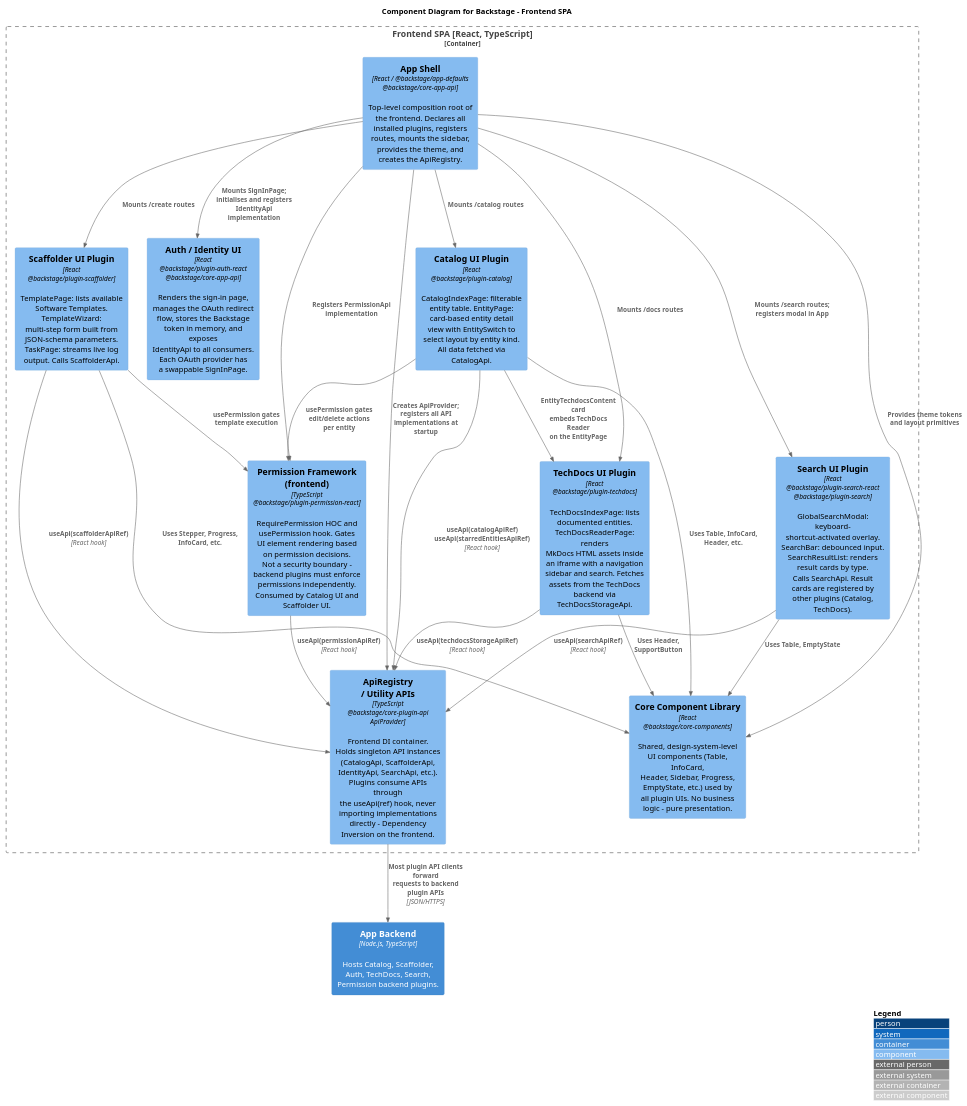
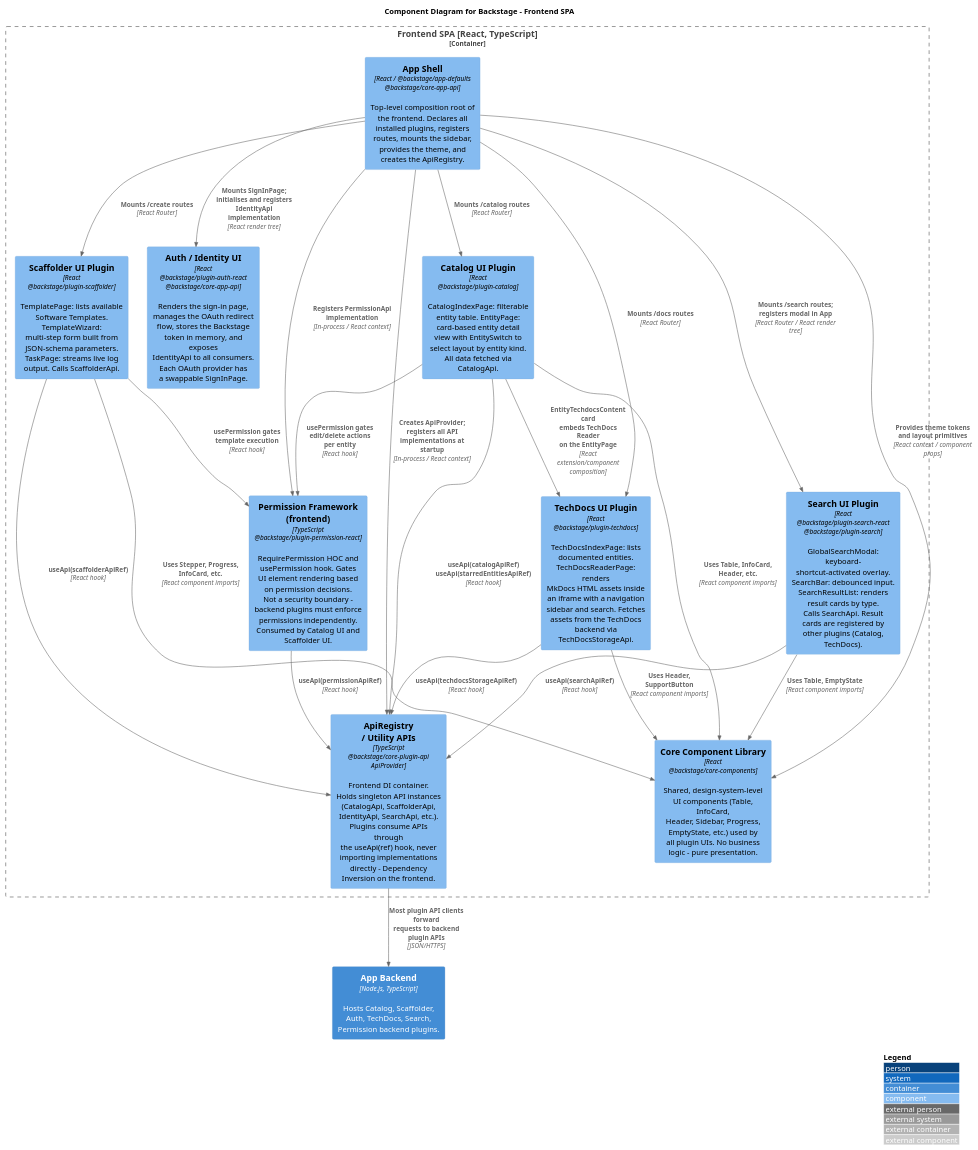
The diagram in notes/architecture/diagrams/component-diagram-frontend.puml (Group06-SwDA/Project), drawn with PlantUML before and after one commit. The commit also changed 4 other files, not shown here.

Commit message:
chore: minor changes on diagrams

```diff
--- a/notes/architecture/diagrams/component-diagram-frontend.puml
+++ b/notes/architecture/diagrams/component-diagram-frontend.puml
@@ -1,57 +1,57 @@
 @startuml component-diagram-frontend
 !include <c4/C4_Component.puml>
 
 LAYOUT_WITH_LEGEND()
 
 title Component Diagram for Backstage - Frontend SPA
 
 Container_Boundary(frontend, "Frontend SPA [React, TypeScript]") {
 
     Component(appShell, "App Shell", "React / @backstage/app-defaults\n@backstage/core-app-api", "Top-level composition root of\nthe frontend. Declares all\ninstalled plugins, registers\nroutes, mounts the sidebar,\nprovides the theme, and\ncreates the ApiRegistry.")
 
     Component(apiRegistry, "ApiRegistry\n/ Utility APIs", "TypeScript\n@backstage/core-plugin-api\nApiProvider", "Frontend DI container.\nHolds singleton API instances\n(CatalogApi, ScaffolderApi,\nIdentityApi, SearchApi, etc.).\nPlugins consume APIs through\nthe useApi(ref) hook, never\nimporting implementations\ndirectly - Dependency\nInversion on the frontend.")
 
     Component(identityAuth, "Auth / Identity UI", "React\n@backstage/plugin-auth-react\n@backstage/core-app-api", "Renders the sign-in page,\nmanages the OAuth redirect\nflow, stores the Backstage\ntoken in memory, and exposes\nIdentityApi to all consumers.\nEach OAuth provider has\na swappable SignInPage.")
 
     Component(catalogUI, "Catalog UI Plugin", "React\n@backstage/plugin-catalog", "CatalogIndexPage: filterable\nentity table. EntityPage:\ncard-based entity detail\nview with EntitySwitch to\nselect layout by entity kind.\nAll data fetched via CatalogApi.")
 
     Component(scaffolderUI, "Scaffolder UI Plugin", "React\n@backstage/plugin-scaffolder", "TemplatePage: lists available\nSoftware Templates. TemplateWizard:\nmulti-step form built from\nJSON-schema parameters.\nTaskPage: streams live log\noutput. Calls ScaffolderApi.")
 
     Component(techdocsUI, "TechDocs UI Plugin", "React\n@backstage/plugin-techdocs", "TechDocsIndexPage: lists\ndocumented entities.\nTechDocsReaderPage: renders\nMkDocs HTML assets inside\nan iframe with a navigation\nsidebar and search. Fetches\nassets from the TechDocs\nbackend via TechDocsStorageApi.")
 
     Component(searchUI, "Search UI Plugin", "React\n@backstage/plugin-search-react\n@backstage/plugin-search", "GlobalSearchModal: keyboard-\nshortcut-activated overlay.\nSearchBar: debounced input.\nSearchResultList: renders\nresult cards by type.\nCalls SearchApi. Result\ncards are registered by\nother plugins (Catalog, TechDocs).")
 
     Component(permissionUI, "Permission Framework\n(frontend)", "TypeScript\n@backstage/plugin-permission-react", "RequirePermission HOC and\nusePermission hook. Gates\nUI element rendering based\non permission decisions.\nNot a security boundary -\nbackend plugins must enforce\npermissions independently.\nConsumed by Catalog UI and\nScaffolder UI.")
 
     Component(coreComponents, "Core Component Library", "React\n@backstage/core-components", "Shared, design-system-level\nUI components (Table, InfoCard,\nHeader, Sidebar, Progress,\nEmptyState, etc.) used by\nall plugin UIs. No business\nlogic - pure presentation.")
 }
 
 Container(backend, "App Backend", "Node.js, TypeScript", "Hosts Catalog, Scaffolder,\nAuth, TechDocs, Search,\nPermission backend plugins.")
 
-Rel(appShell, apiRegistry, "Creates ApiProvider;\nregisters all API\nimplementations at startup")
-Rel(appShell, identityAuth, "Mounts SignInPage;\ninitialises and registers\nIdentityApi implementation")
-Rel(appShell, catalogUI, "Mounts /catalog routes")
-Rel(appShell, scaffolderUI, "Mounts /create routes")
-Rel(appShell, techdocsUI, "Mounts /docs routes")
-Rel(appShell, searchUI, "Mounts /search routes;\nregisters modal in App")
-Rel(appShell, permissionUI, "Registers PermissionApi\nimplementation")
-Rel(appShell, coreComponents, "Provides theme tokens\nand layout primitives")
+Rel(appShell, apiRegistry, "Creates ApiProvider;\nregisters all API\nimplementations at startup", "In-process / React context")
+Rel(appShell, identityAuth, "Mounts SignInPage;\ninitialises and registers\nIdentityApi implementation", "React render tree")
+Rel(appShell, catalogUI, "Mounts /catalog routes", "React Router")
+Rel(appShell, scaffolderUI, "Mounts /create routes", "React Router")
+Rel(appShell, techdocsUI, "Mounts /docs routes", "React Router")
+Rel(appShell, searchUI, "Mounts /search routes;\nregisters modal in App", "React Router / React render tree")
+Rel(appShell, permissionUI, "Registers PermissionApi\nimplementation", "In-process / React context")
+Rel(appShell, coreComponents, "Provides theme tokens\nand layout primitives", "React context / component props")
 
 Rel(catalogUI, apiRegistry, "useApi(catalogApiRef)\nuseApi(starredEntitiesApiRef)", "React hook")
 Rel(scaffolderUI, apiRegistry, "useApi(scaffolderApiRef)", "React hook")
 Rel(techdocsUI, apiRegistry, "useApi(techdocsStorageApiRef)", "React hook")
 Rel(searchUI, apiRegistry, "useApi(searchApiRef)", "React hook")
 Rel(permissionUI, apiRegistry, "useApi(permissionApiRef)", "React hook")
 
-Rel(catalogUI, coreComponents, "Uses Table, InfoCard,\nHeader, etc.")
-Rel(scaffolderUI, coreComponents, "Uses Stepper, Progress,\nInfoCard, etc.")
-Rel(techdocsUI, coreComponents, "Uses Header, SupportButton")
-Rel(searchUI, coreComponents, "Uses Table, EmptyState")
+Rel(catalogUI, coreComponents, "Uses Table, InfoCard,\nHeader, etc.", "React component imports")
+Rel(scaffolderUI, coreComponents, "Uses Stepper, Progress,\nInfoCard, etc.", "React component imports")
+Rel(techdocsUI, coreComponents, "Uses Header, SupportButton", "React component imports")
+Rel(searchUI, coreComponents, "Uses Table, EmptyState", "React component imports")
 
-Rel(catalogUI, techdocsUI, "EntityTechdocsContent card\nembeds TechDocs Reader\non the EntityPage")
-Rel(catalogUI, permissionUI, "usePermission gates\nedit/delete actions\nper entity")
-Rel(scaffolderUI, permissionUI, "usePermission gates\ntemplate execution")
+Rel(catalogUI, techdocsUI, "EntityTechdocsContent card\nembeds TechDocs Reader\non the EntityPage", "React extension/component composition")
+Rel(catalogUI, permissionUI, "usePermission gates\nedit/delete actions\nper entity", "React hook")
+Rel(scaffolderUI, permissionUI, "usePermission gates\ntemplate execution", "React hook")
 
 Rel(apiRegistry, backend, "Most plugin API clients forward\nrequests to backend plugin APIs", "JSON/HTTPS")
 
 @enduml
```
